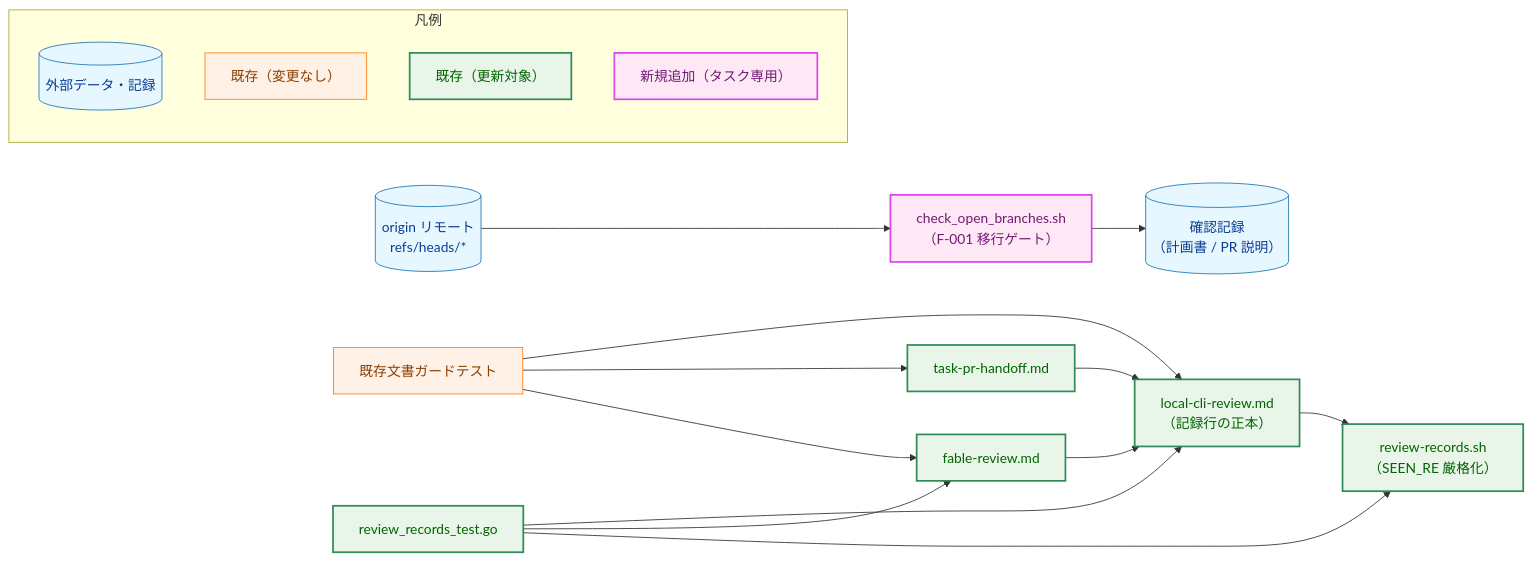
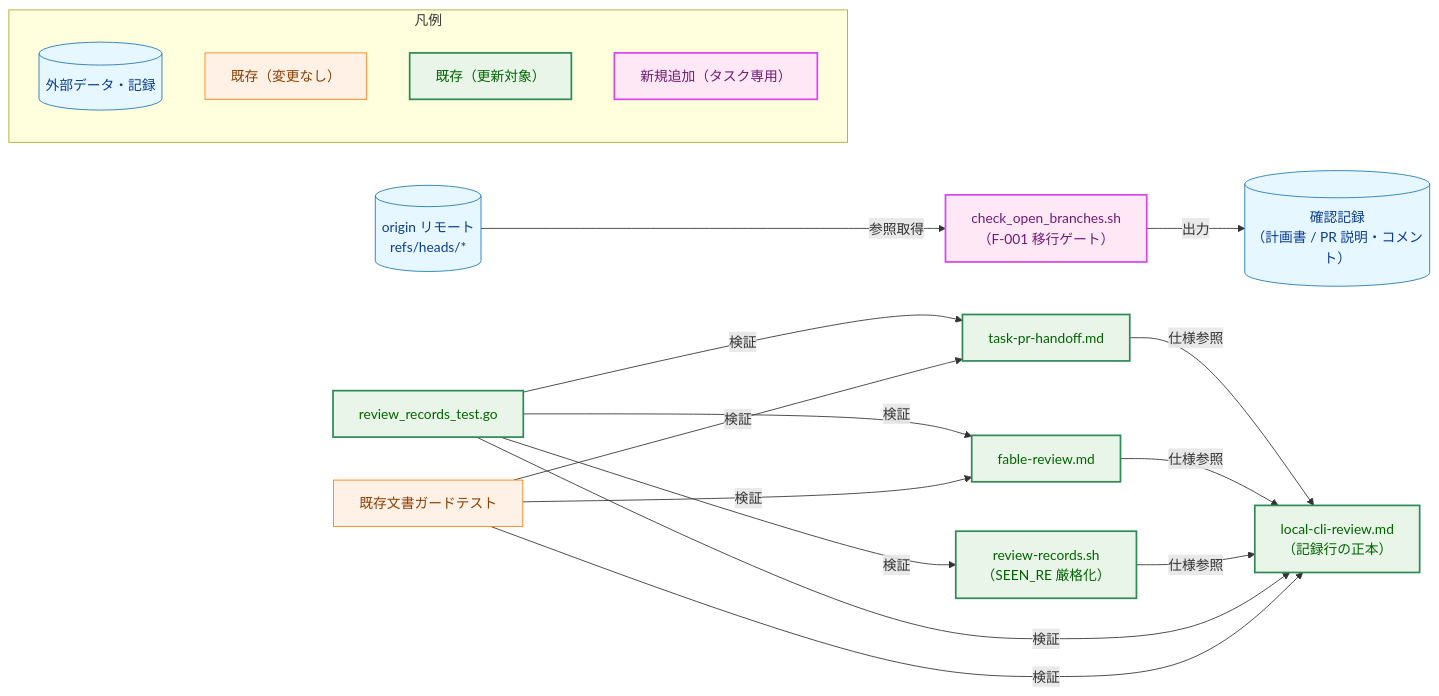
The first of 7 diagrams in docs/tasks/0121_retire_legacy_review_records/02_architecture.md (isseis/yt2column), drawn with Mermaid before and after one commit. The commit also changed other lines of this file, not shown here.

Commit message:
docs(0121): refine architecture from panel review and prose pass

````diff
--- a/docs/tasks/0121_retire_legacy_review_records/02_architecture.md
+++ b/docs/tasks/0121_retire_legacy_review_records/02_architecture.md
@@ -71,38 +71,39 @@
 ```mermaid
 flowchart LR
     classDef data fill:#e6f7ff,stroke:#1f77b4,stroke-width:1px,color:#0b3d91;
     classDef process fill:#fff1e6,stroke:#ff7f0e,stroke-width:1px,color:#8a3e00;
     classDef enhanced fill:#e8f5e8,stroke:#2e8b57,stroke-width:2px,color:#006400;
     classDef newpkg fill:#ffe8f5,stroke:#d946ef,stroke-width:2px,color:#701a75;
 
     originRepo[("origin リモート<br>refs/heads/*")]:::data
     preCheck["check_open_branches.sh<br>（F-001 移行ゲート）"]:::newpkg
-    checkRec[("確認記録<br>（計画書 / PR 説明）")]:::data
+    checkRec[("確認記録<br>（計画書 / PR 説明・コメント）")]:::data
 
     localDoc["local-cli-review.md<br>（記録行の正本）"]:::enhanced
     handoffDoc["task-pr-handoff.md"]:::enhanced
     fableDoc["fable-review.md"]:::enhanced
     recScript["review-records.sh<br>（SEEN_RE 厳格化）"]:::enhanced
     rrTests["review_records_test.go"]:::enhanced
     otherGuards["既存文書ガードテスト"]:::process
 
-    originRepo --> preCheck
-    preCheck --> checkRec
-    handoffDoc --> localDoc
-    fableDoc --> localDoc
-    localDoc --> recScript
-    rrTests --> localDoc
-    rrTests --> fableDoc
-    rrTests --> recScript
-    otherGuards --> localDoc
-    otherGuards --> handoffDoc
-    otherGuards --> fableDoc
+    originRepo -->|"参照取得"| preCheck
+    preCheck -->|"出力"| checkRec
+    handoffDoc -->|"仕様参照"| localDoc
+    fableDoc -->|"仕様参照"| localDoc
+    recScript -->|"仕様参照"| localDoc
+    rrTests -->|"検証"| localDoc
+    rrTests -->|"検証"| handoffDoc
+    rrTests -->|"検証"| fableDoc
+    rrTests -->|"検証"| recScript
+    otherGuards -->|"検証"| localDoc
+    otherGuards -->|"検証"| handoffDoc
+    otherGuards -->|"検証"| fableDoc
 
     subgraph legend["凡例"]
         direction TB
         l1[("外部データ・記録")]:::data
         l2["既存（変更なし）"]:::process
         l3["既存（更新対象）"]:::enhanced
         l4["新規追加（タスク専用）"]:::newpkg
     end
 ```
````
